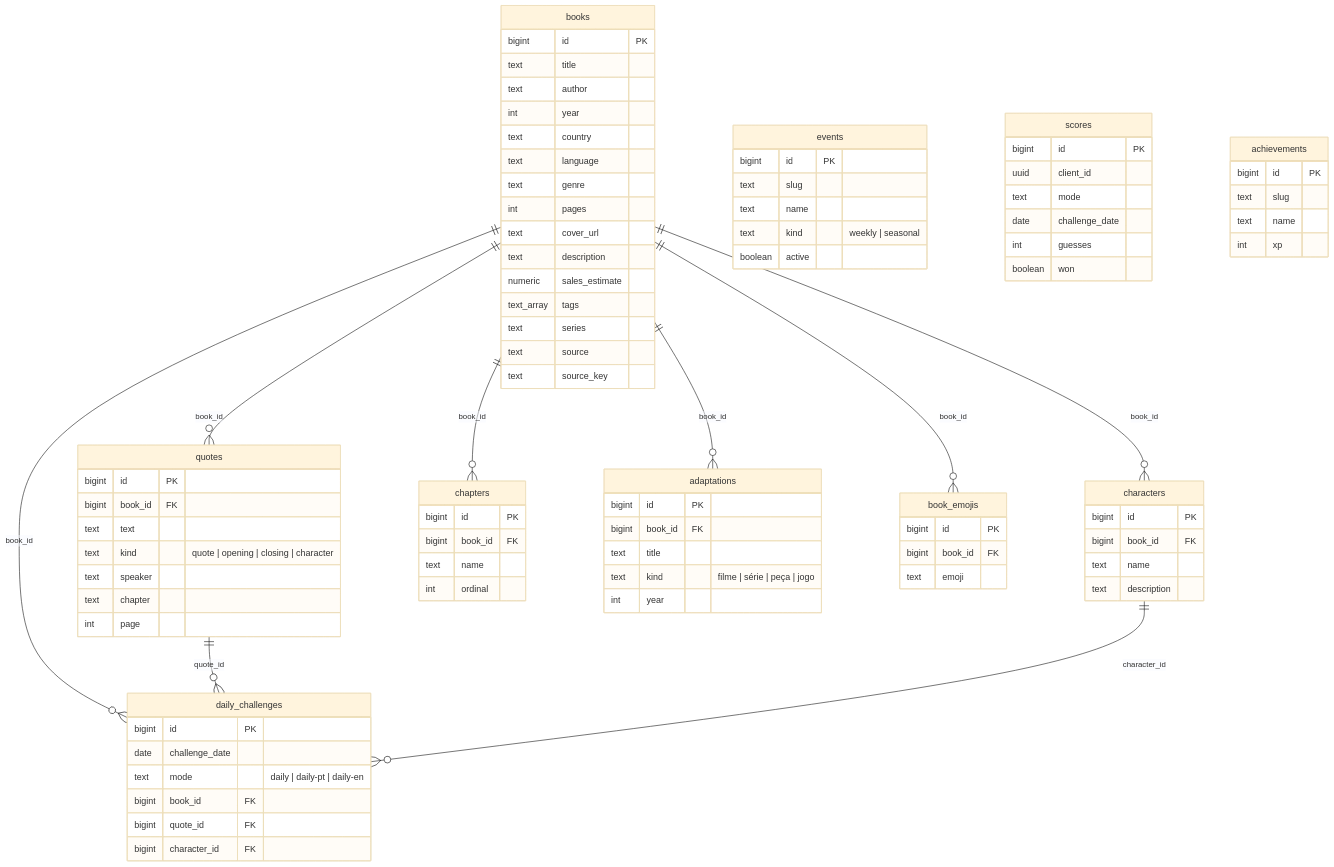
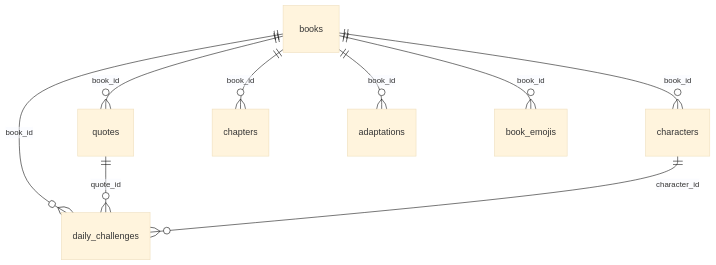
One commit to MatheusIngles/LivreLee changed the diagram in README.md. Above: the diagram before and after it, drawn with Mermaid (base theme). The commit also changed other lines of this file and 17 other files, not shown here.

First line of the commit message:
feat: add chapter extraction job and improve quote handling

````diff
--- a/README.md
+++ b/README.md
@@ -41,84 +83,4 @@
     books ||--o{ daily_challenges : book_id
     quotes ||--o{ daily_challenges : quote_id
     characters ||--o{ daily_challenges : character_id
-
-    books {
-        bigint id PK
-        text title
-        text author
-        int year
-        text country
-        text language
-        text genre
-        int pages
-        text cover_url
-        text description
-        numeric sales_estimate
-        text_array tags
-        text series
-        text source
-        text source_key
-    }
-    quotes {
-        bigint id PK
-        bigint book_id FK
-        text text
-        text kind "quote | opening | closing | character"
-        text speaker
-        text chapter
-        int page
-    }
-    characters {
-        bigint id PK
-        bigint book_id FK
-        text name
-        text description
-    }
-    chapters {
-        bigint id PK
-        bigint book_id FK
-        text name
-        int ordinal
-    }
-    adaptations {
-        bigint id PK
-        bigint book_id FK
-        text title
-        text kind "filme | série | peça | jogo"
-        int year
-    }
-    book_emojis {
-        bigint id PK
-        bigint book_id FK
-        text emoji
-    }
-    daily_challenges {
-        bigint id PK
-        date challenge_date
-        text mode "daily | daily-pt | daily-en"
-        bigint book_id FK
-        bigint quote_id FK
-        bigint character_id FK
-    }
-    events {
-        bigint id PK
-        text slug
-        text name
-        text kind "weekly | seasonal"
-        boolean active
-    }
-    scores {
-        bigint id PK
-        uuid client_id
-        text mode
-        date challenge_date
-        int guesses
-        boolean won
-    }
-    achievements {
-        bigint id PK
-        text slug
-        text name
-        int xp
-    }
 ```
````
